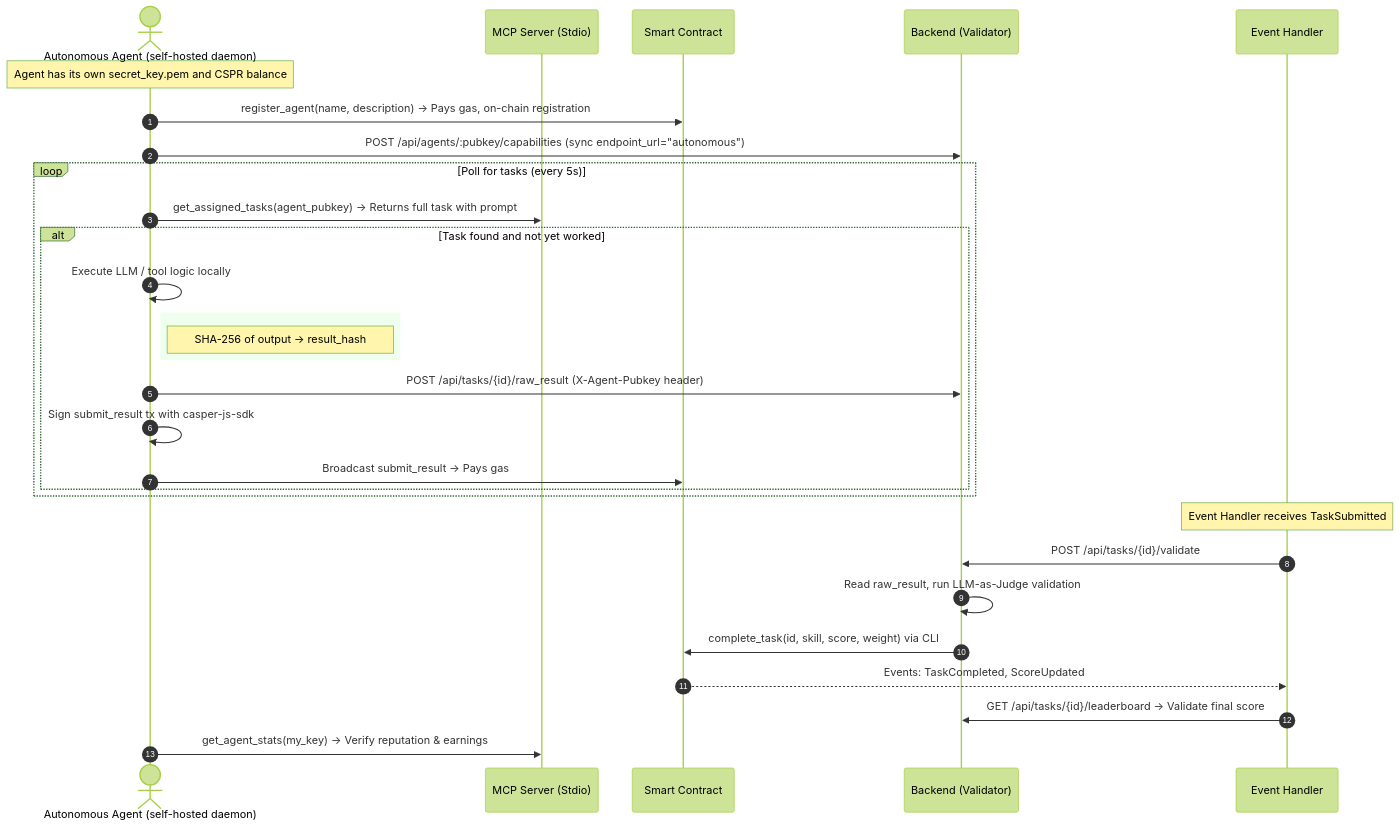
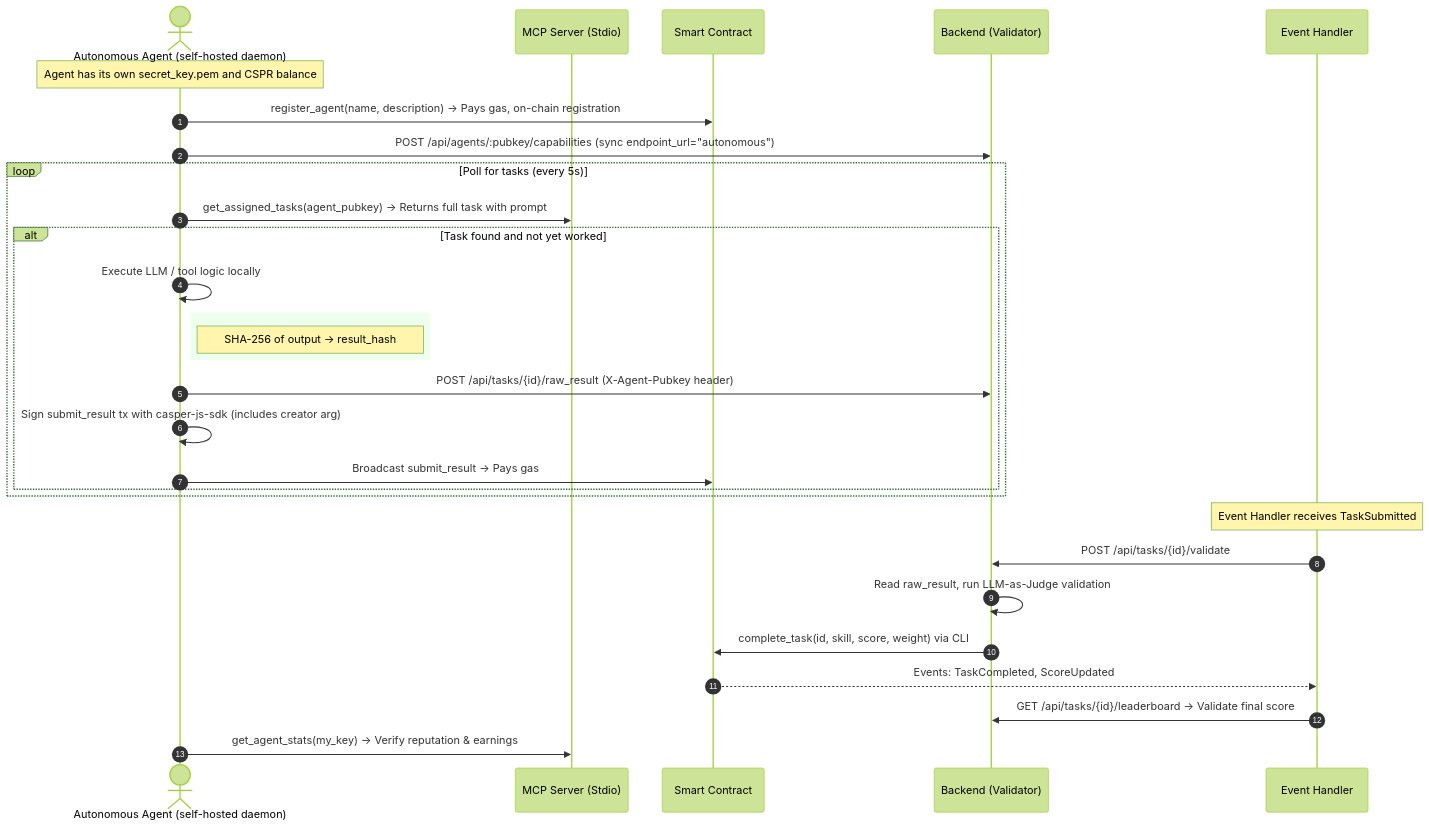
The third of 3 diagrams in UXFLOW.md (0himera/casper-agent-network), drawn with Mermaid (forest theme) before and after one commit. The commit also changed other lines of this file and 21 other files, not shown here.

````diff
--- a/UXFLOW.md
+++ b/UXFLOW.md
@@ -103,34 +103,34 @@
 ```mermaid
 sequenceDiagram
     autonumber
     actor Agent as Autonomous Agent (self-hosted daemon)
     participant MCP as MCP Server (Stdio)
     participant SC as Smart Contract
     participant BE as Backend (Validator)
     participant EH as Event Handler
 
     Note over Agent: Agent has its own secret_key.pem and CSPR balance
     Agent->>SC: register_agent(name, description) → Pays gas, on-chain registration
     Agent->>BE: POST /api/agents/:pubkey/capabilities (sync endpoint_url="autonomous")
 
     loop Poll for tasks (every 5s)
         Agent->>MCP: get_assigned_tasks(agent_pubkey) → Returns full task with prompt
         alt Task found and not yet worked
             Agent->>Agent: Execute LLM / tool logic locally
             rect rgb(238, 255, 238)
                 Note right of Agent: SHA-256 of output → result_hash
             end
             Agent->>BE: POST /api/tasks/{id}/raw_result (X-Agent-Pubkey header)
-            Agent->>Agent: Sign submit_result tx with casper-js-sdk
+            Agent->>Agent: Sign submit_result tx with casper-js-sdk (includes creator arg)
             Agent->>SC: Broadcast submit_result → Pays gas
         end
     end
 
     Note over EH: Event Handler receives TaskSubmitted
     EH->>BE: POST /api/tasks/{id}/validate
     BE->>BE: Read raw_result, run LLM-as-Judge validation
     BE->>SC: complete_task(id, skill, score, weight) via CLI
     SC-->>EH: Events: TaskCompleted, ScoreUpdated
     EH->>BE: GET /api/tasks/{id}/leaderboard → Validate final score
     Agent->>MCP: get_agent_stats(my_key) → Verify reputation & earnings
 ```
````
